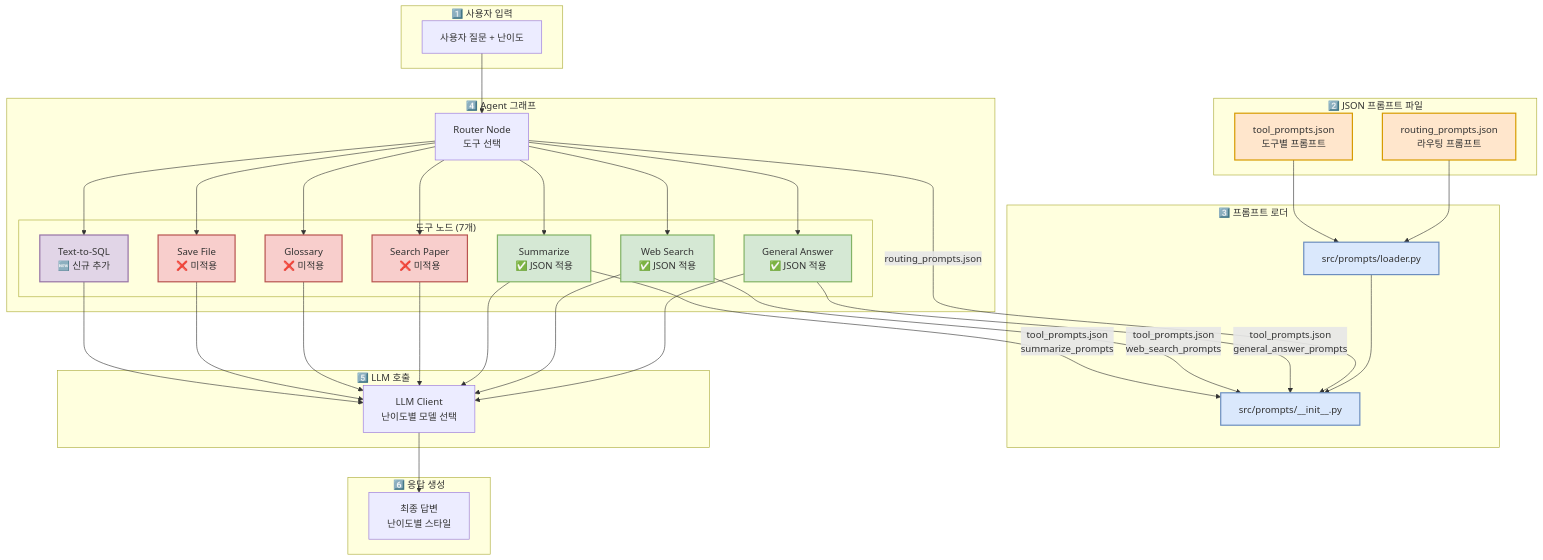
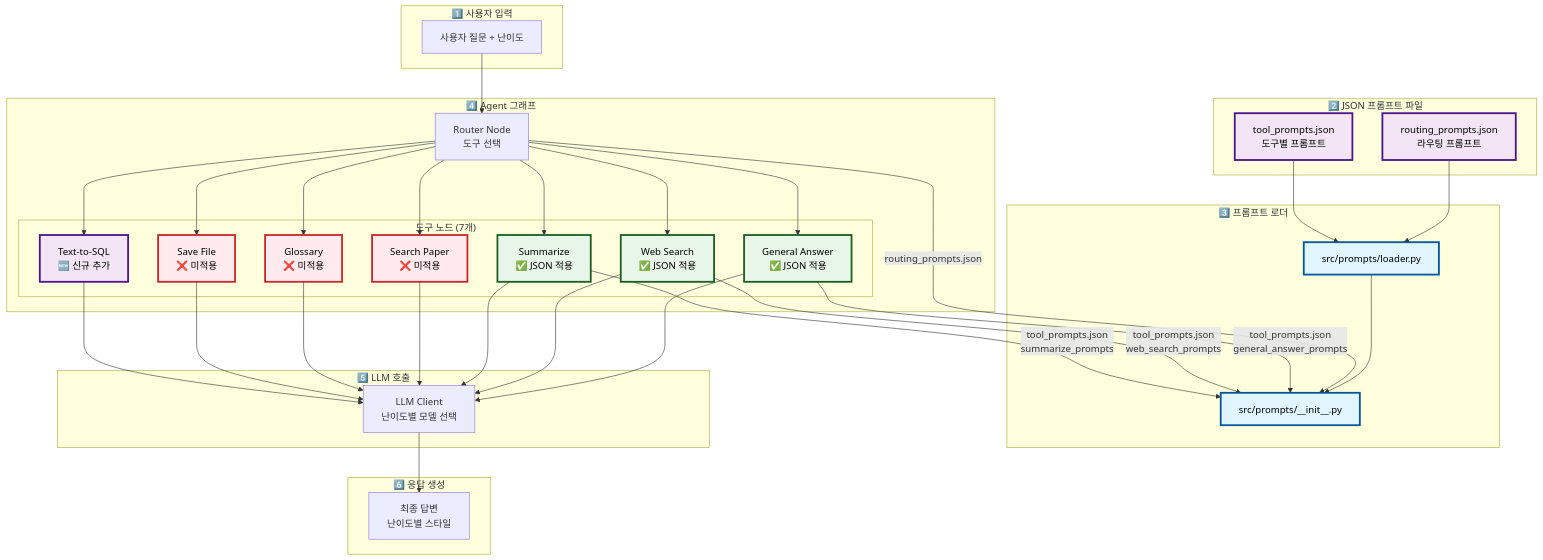
The first of 3 diagrams in docs/issues/04-1_프롬프트_엔지니어링_통합_보고서.md (AIBootcamp14/langchainproject-new-langchainproject_5), drawn with Mermaid before and after one commit. The commit also changed other lines of this file, not shown here.

Commit message:
docs: 프롬프트 엔지니어링 통합 보고서 Mermaid 색상 스타일 통일
- Mermaid 스타일 가이드 색상 팔레트 적용
- 전체 흐름도 다이어그램 classDef 색상 수정 (5개 클래스)
- 난이도별 모델 선택 다이어그램 classDef 색상 수정 (2개 클래스)
- stroke-width 및 color 속성 추가로 가독성 향상

````diff
--- a/docs/issues/04-1_프롬프트_엔지니어링_통합_보고서.md
+++ b/docs/issues/04-1_프롬프트_엔지니어링_통합_보고서.md
@@ -289,78 +289,78 @@
 ```mermaid
 graph TB
     subgraph "1️⃣ 사용자 입력"
         User[사용자 질문 + 난이도]
     end
 
     subgraph "2️⃣ JSON 프롬프트 파일"
         RP[routing_prompts.json<br/>라우팅 프롬프트]
         TP[tool_prompts.json<br/>도구별 프롬프트]
     end
 
     subgraph "3️⃣ 프롬프트 로더"
         Loader[src/prompts/loader.py]
         Init[src/prompts/__init__.py]
     end
 
     subgraph "4️⃣ Agent 그래프"
         Router[Router Node<br/>도구 선택]
 
         subgraph "도구 노드 (7개)"
             General[General Answer<br/>✅ JSON 적용]
             WebSearch[Web Search<br/>✅ JSON 적용]
             Summarize[Summarize<br/>✅ JSON 적용]
             SearchPaper[Search Paper<br/>❌ 미적용]
             Glossary[Glossary<br/>❌ 미적용]
             SaveFile[Save File<br/>❌ 미적용]
             Text2SQL[Text-to-SQL<br/>🆕 신규 추가]
         end
     end
 
     subgraph "5️⃣ LLM 호출"
         LLM[LLM Client<br/>난이도별 모델 선택]
     end
 
     subgraph "6️⃣ 응답 생성"
         Response[최종 답변<br/>난이도별 스타일]
     end
 
     User --> Router
     RP --> Loader
     TP --> Loader
     Loader --> Init
 
     Router -->|routing_prompts.json| Init
     Router --> General
     Router --> WebSearch
     Router --> Summarize
     Router --> SearchPaper
     Router --> Glossary
     Router --> SaveFile
     Router --> Text2SQL
 
     General -->|tool_prompts.json<br/>general_answer_prompts| Init
     WebSearch -->|tool_prompts.json<br/>web_search_prompts| Init
     Summarize -->|tool_prompts.json<br/>summarize_prompts| Init
 
     General --> LLM
     WebSearch --> LLM
     Summarize --> LLM
     SearchPaper --> LLM
     Glossary --> LLM
     SaveFile --> LLM
     Text2SQL --> LLM
 
     LLM --> Response
 
-    classDef jsonFile fill:#FFE6CC,stroke:#D79B00,stroke-width:2px
-    classDef loader fill:#DAE8FC,stroke:#6C8EBF,stroke-width:2px
-    classDef applied fill:#D5E8D4,stroke:#82B366,stroke-width:2px
-    classDef notApplied fill:#F8CECC,stroke:#B85450,stroke-width:2px
-    classDef newNode fill:#E1D5E7,stroke:#9673A6,stroke-width:2px
+    classDef jsonFile fill:#f3e5f5,stroke:#4a148c,stroke-width:3px,color:#000
+    classDef loader fill:#e1f5ff,stroke:#01579b,stroke-width:3px,color:#000
+    classDef applied fill:#e8f5e9,stroke:#1b5e20,stroke-width:3px,color:#000
+    classDef notApplied fill:#ffebee,stroke:#c62828,stroke-width:3px,color:#000
+    classDef newNode fill:#f3e5f5,stroke:#4a148c,stroke-width:3px,color:#000
 
     class RP,TP jsonFile
     class Loader,Init loader
     class General,WebSearch,Summarize applied
     class SearchPaper,Glossary,SaveFile notApplied
     class Text2SQL newNode
 ```
````
